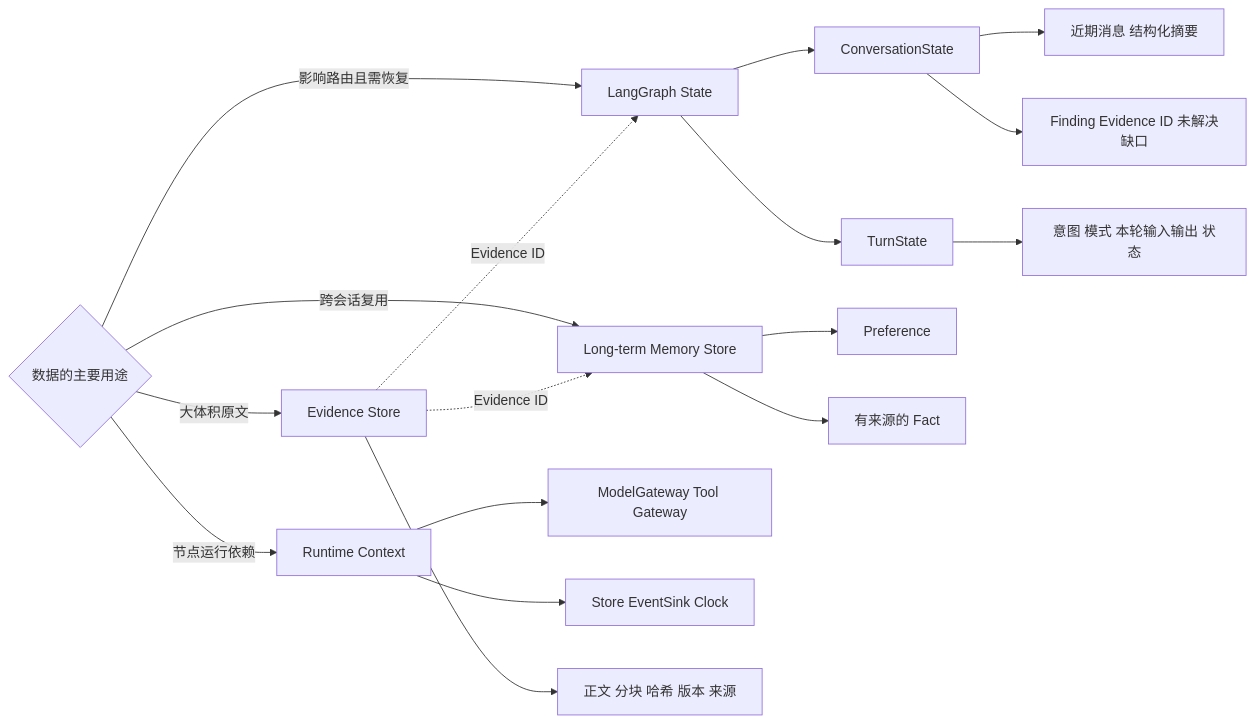
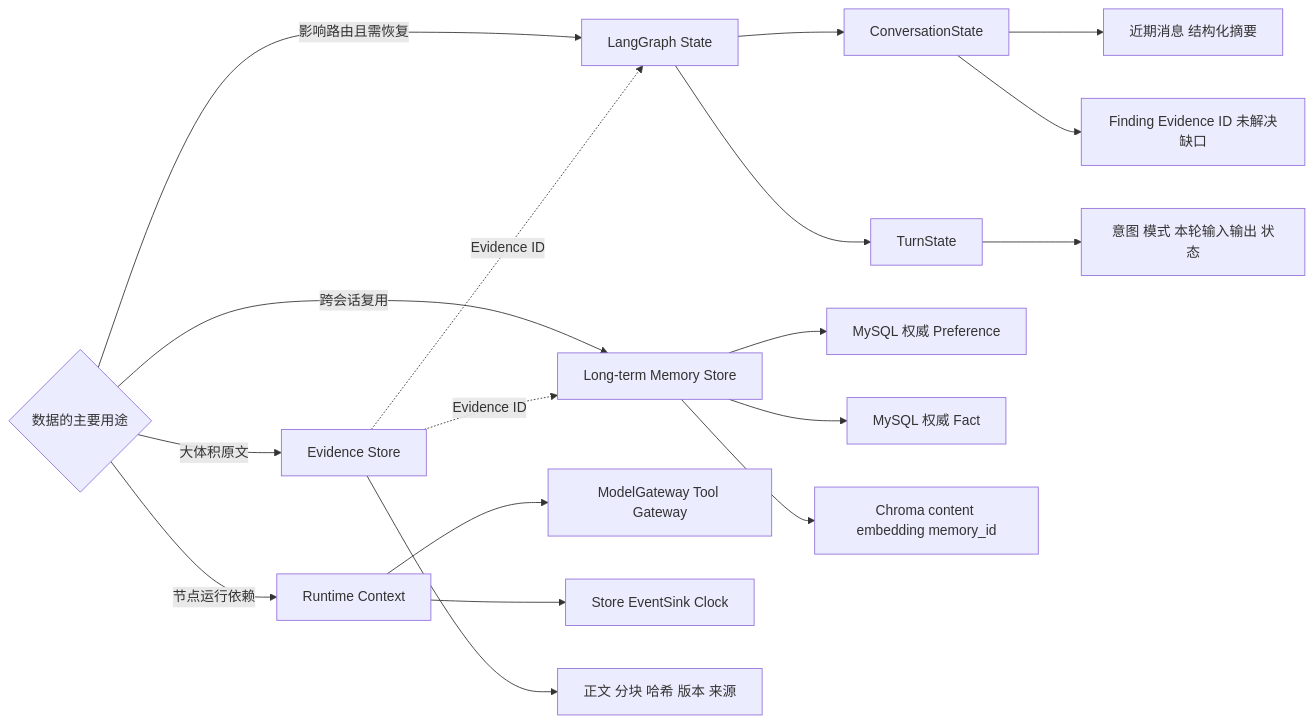
One commit to 1785454358/agent changed the third of 6 diagrams in docs/resume/多模式深度研究Agent面试与学习资料/02-Harness总体架构.md. Above: the diagram before and after it, drawn with Mermaid. The commit also changed other lines of this file and 42 other files, not shown here.

Commit message:
feat: add Chroma semantic long-term memory

````diff
--- a/docs/resume/多模式深度研究Agent面试与学习资料/02-Harness总体架构.md
+++ b/docs/resume/多模式深度研究Agent面试与学习资料/02-Harness总体架构.md
@@ -96,20 +99,21 @@
 ```mermaid
 flowchart LR
     D{数据的主要用途} -->|影响路由且需恢复| ST[LangGraph State]
     D -->|节点运行依赖| RC[Runtime Context]
     D -->|跨会话复用| LM[Long-term Memory Store]
     D -->|大体积原文| ES[Evidence Store]
 
     ST --> ST1[ConversationState]
     ST --> ST2[TurnState]
     ST1 --> A1[近期消息 结构化摘要]
     ST1 --> A2[Finding Evidence ID 未解决缺口]
     ST2 --> A3[意图 模式 本轮输入输出 状态]
     RC --> B1[ModelGateway Tool Gateway]
     RC --> B2[Store EventSink Clock]
-    LM --> C1[Preference]
-    LM --> C2[有来源的 Fact]
+    LM --> C1[MySQL 权威 Preference]
+    LM --> C2[MySQL 权威 Fact]
+    LM --> C3[Chroma content embedding memory_id]
     ES --> E1[正文 分块 哈希 版本 来源]
     ES -.Evidence ID.-> ST
     ES -.Evidence ID.-> LM
 ```
````
